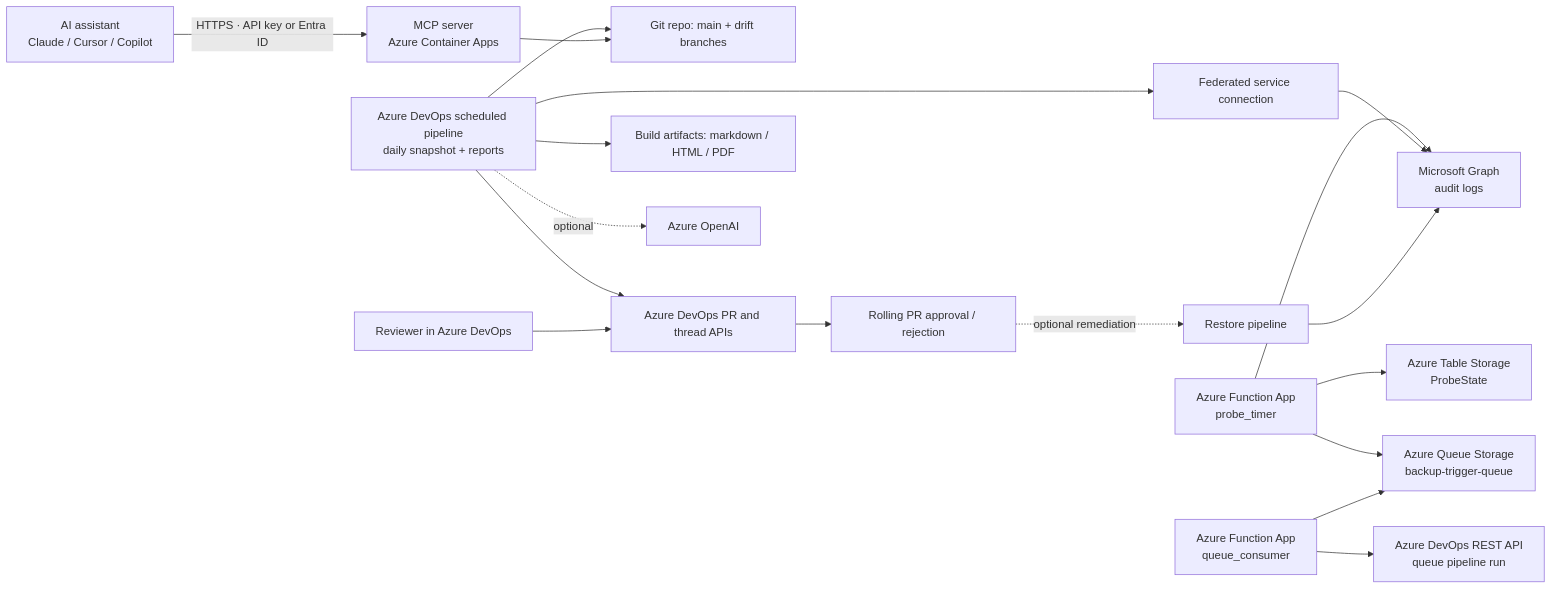
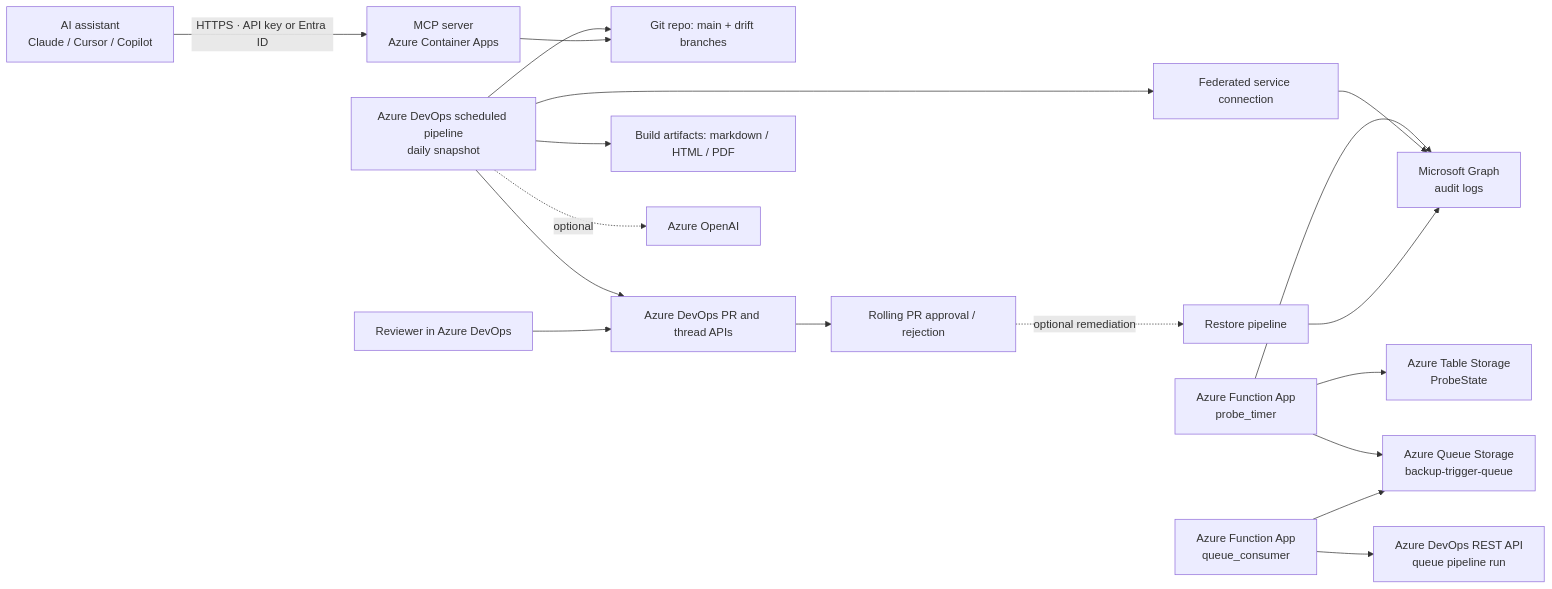
One commit to cqrenet/astral changed the diagram in docs/security-review-package.md. Above: the diagram before and after it, drawn with Mermaid. The commit also changed other lines of this file and 2 other files, not shown here.

First line of the commit message:
Sync from dev @ e9250ac

````diff
--- a/docs/security-review-package.md
+++ b/docs/security-review-package.md
@@ -76,20 +76,20 @@
 ```mermaid
 flowchart LR
     A["Azure Function App<br/>probe_timer"] --> B["Microsoft Graph<br/>audit logs"]
     A --> C["Azure Table Storage<br/>ProbeState"]
     A --> D["Azure Queue Storage<br/>backup-trigger-queue"]
     E["Azure Function App<br/>queue_consumer"] --> D
     E --> F["Azure DevOps REST API<br/>queue pipeline run"]
-    G["Azure DevOps scheduled pipeline<br/>daily snapshot + reports"] --> H["Federated service connection"]
+    G["Azure DevOps scheduled pipeline<br/>daily snapshot"] --> H["Federated service connection"]
     H --> B
     G --> I["Git repo: main + drift branches"]
     G --> J["Azure DevOps PR and thread APIs"]
     G --> K["Build artifacts: markdown / HTML / PDF"]
     G -. optional .-> L["Azure OpenAI"]
     M["Reviewer in Azure DevOps"] --> J
     J --> N["Rolling PR approval / rejection"]
     N -. optional remediation .-> O["Restore pipeline"]
     O --> B
     P["AI assistant<br/>Claude / Cursor / Copilot"] -- "HTTPS · API key or Entra ID" --> Q["MCP server<br/>Azure Container Apps"]
     Q --> I
 ```
````
